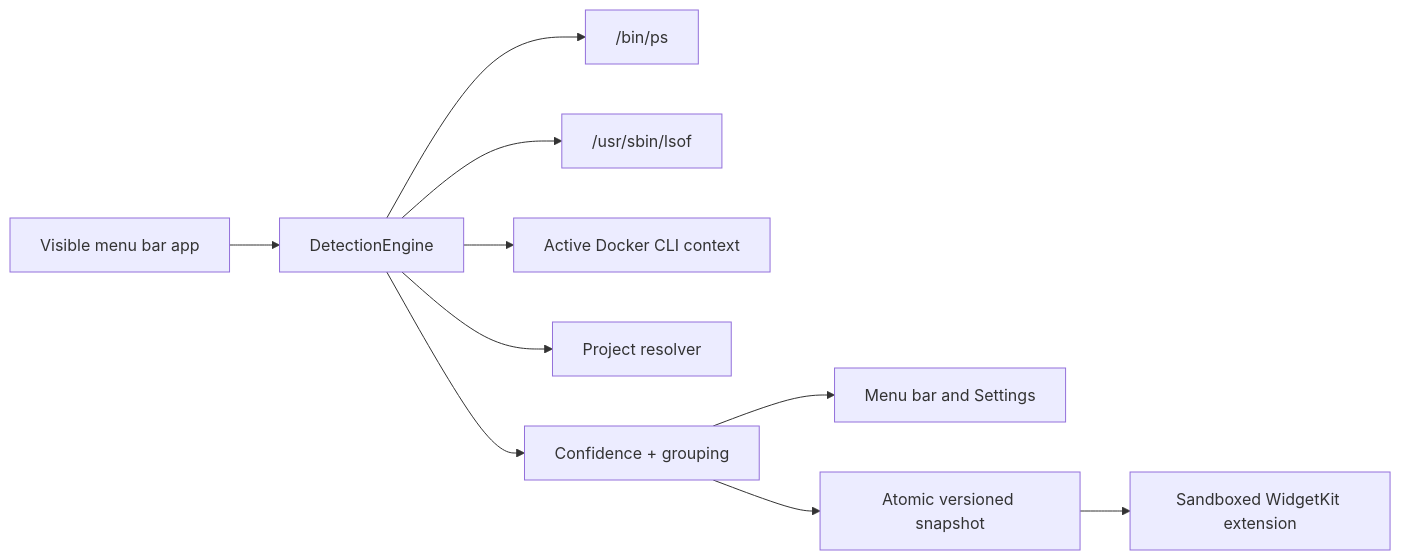
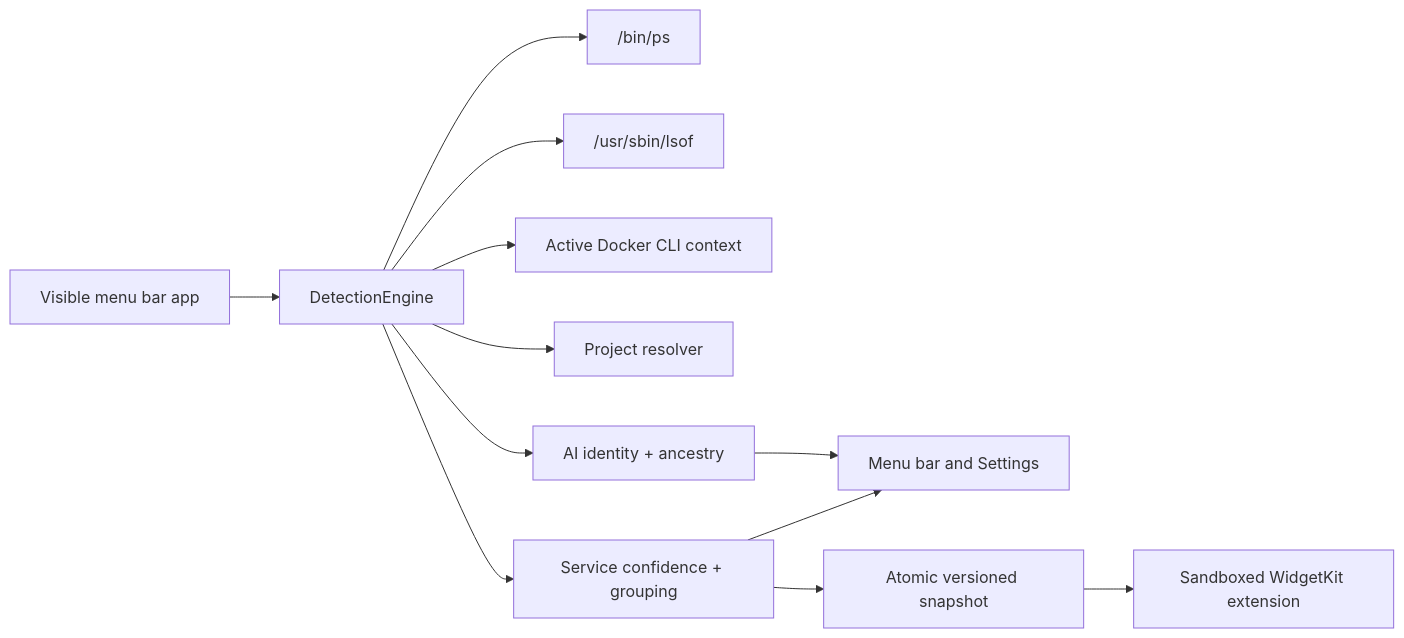
Before and after one commit to mi-aleks/watchio: the diagram in README.md, drawn with Mermaid. The commit also changed other lines of this file and 26 other files, not shown here.

````diff
--- a/README.md
+++ b/README.md
@@ -105,12 +132,14 @@
 ```mermaid
 flowchart LR
   A["Visible menu bar app"] --> E["DetectionEngine"]
   E --> P["/bin/ps"]
   E --> L["/usr/sbin/lsof"]
   E --> D["Active Docker CLI context"]
   E --> R["Project resolver"]
-  E --> S["Confidence + grouping"]
+  E --> S["Service confidence + grouping"]
+  E --> I["AI identity + ancestry"]
+  I --> M
   S --> M["Menu bar and Settings"]
   S --> J["Atomic versioned snapshot"]
   J --> W["Sandboxed WidgetKit extension"]
 ```
````
